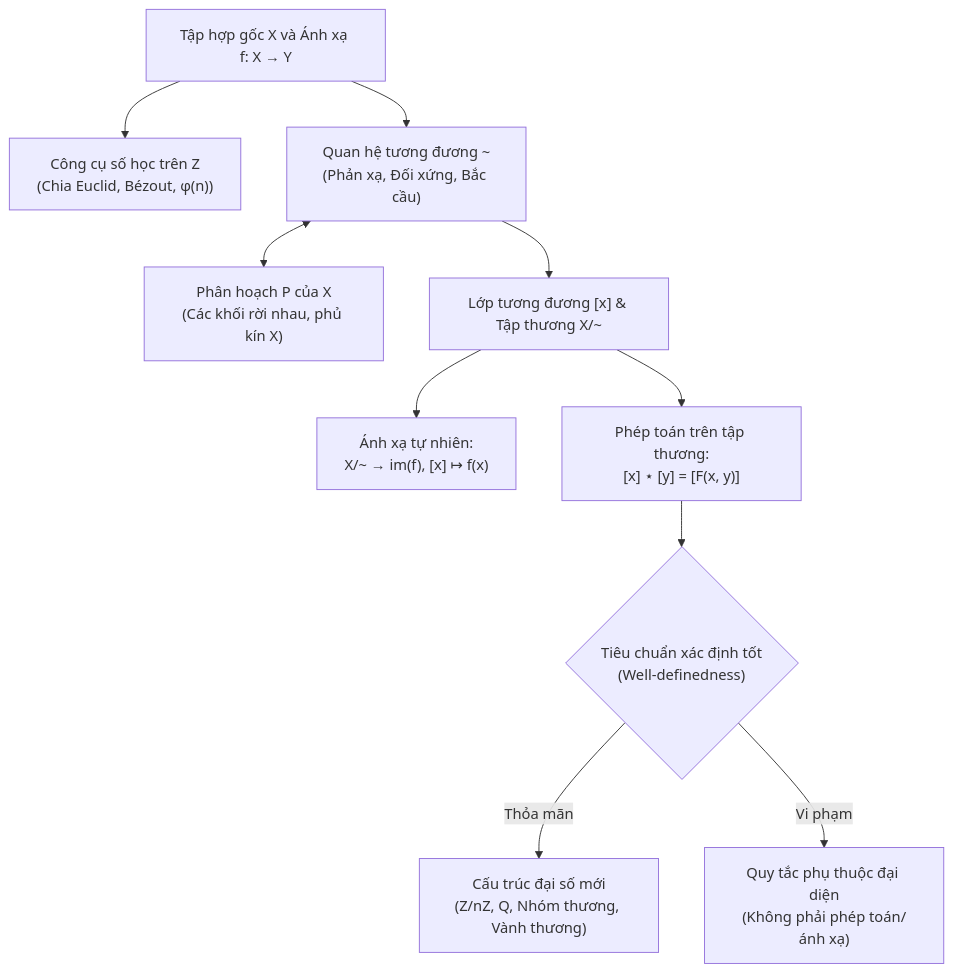
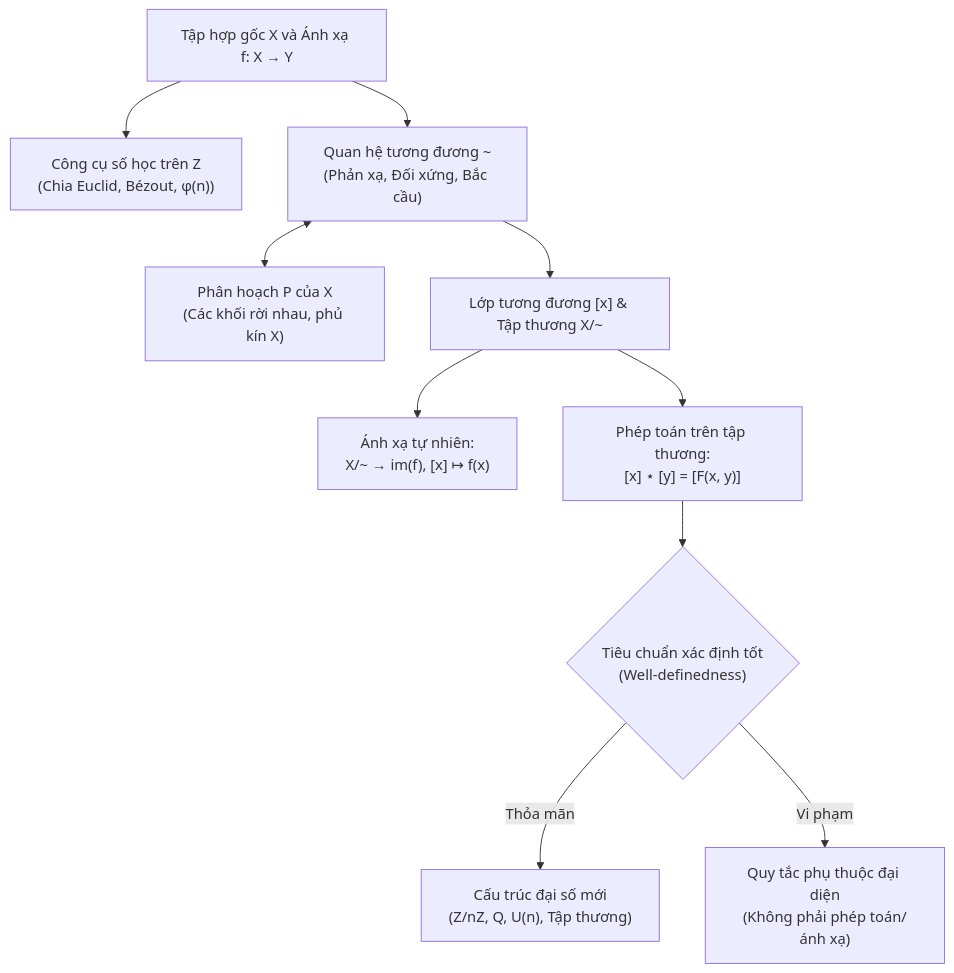
Before and after one commit to lqhninh-cyber/Learning-universe: the diagram in content/algebraic-structures/00-ngon-ngu-va-cong-cu-dai-so/04-bai-tap-va-tong-ket-chuong-0.mdx, drawn with Mermaid. The commit also changed other lines of this file and 87 other files, not shown here.

First line of the commit message:
refactor(content): chuẩn hóa học thuật Cấu trúc Đại số và nâng cấp giao diện Bài tập – Lời giải

````diff
--- a/content/algebraic-structures/00-ngon-ngu-va-cong-cu-dai-so/04-bai-tap-va-tong-ket-chuong-0.mdx
+++ b/content/algebraic-structures/00-ngon-ngu-va-cong-cu-dai-so/04-bai-tap-va-tong-ket-chuong-0.mdx
@@ -56,12 +53,12 @@
 ```mermaid
 flowchart TD
     A["Tập hợp gốc X và Ánh xạ f: X → Y"] --> B["Công cụ số học trên Z<br/>(Chia Euclid, Bézout, φ(n))"]
     A --> C["Quan hệ tương đương ~<br/>(Phản xạ, Đối xứng, Bắc cầu)"]
     C <--> D["Phân hoạch P của X<br/>(Các khối rời nhau, phủ kín X)"]
     C --> E["Lớp tương đương [x] & Tập thương X/~"]
     E --> F["Ánh xạ tự nhiên:<br/>X/~ → im(f), [x] ↦ f(x)"]
     E --> G["Phép toán trên tập thương:<br/>[x] ⋆ [y] = [F(x, y)]"]
     G --> H{"Tiêu chuẩn xác định tốt<br/>(Well-definedness)"}
-    H -->|Thỏa mãn| I["Cấu trúc đại số mới<br/>(Z/nZ, Q, Nhóm thương, Vành thương)"]
+    H -->|Thỏa mãn| I["Cấu trúc đại số mới<br/>(Z/nZ, Q, U(n), Tập thương)"]
     H -->|Vi phạm| J["Quy tắc phụ thuộc đại diện<br/>(Không phải phép toán/ánh xạ)"]
 ```
````
